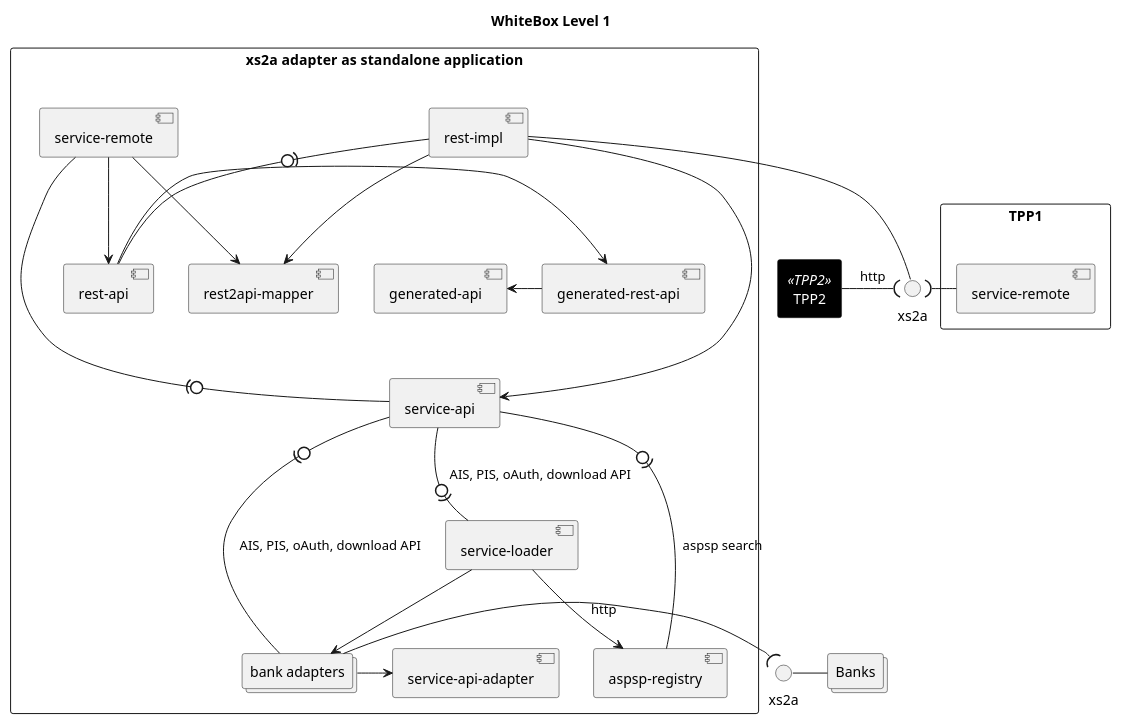
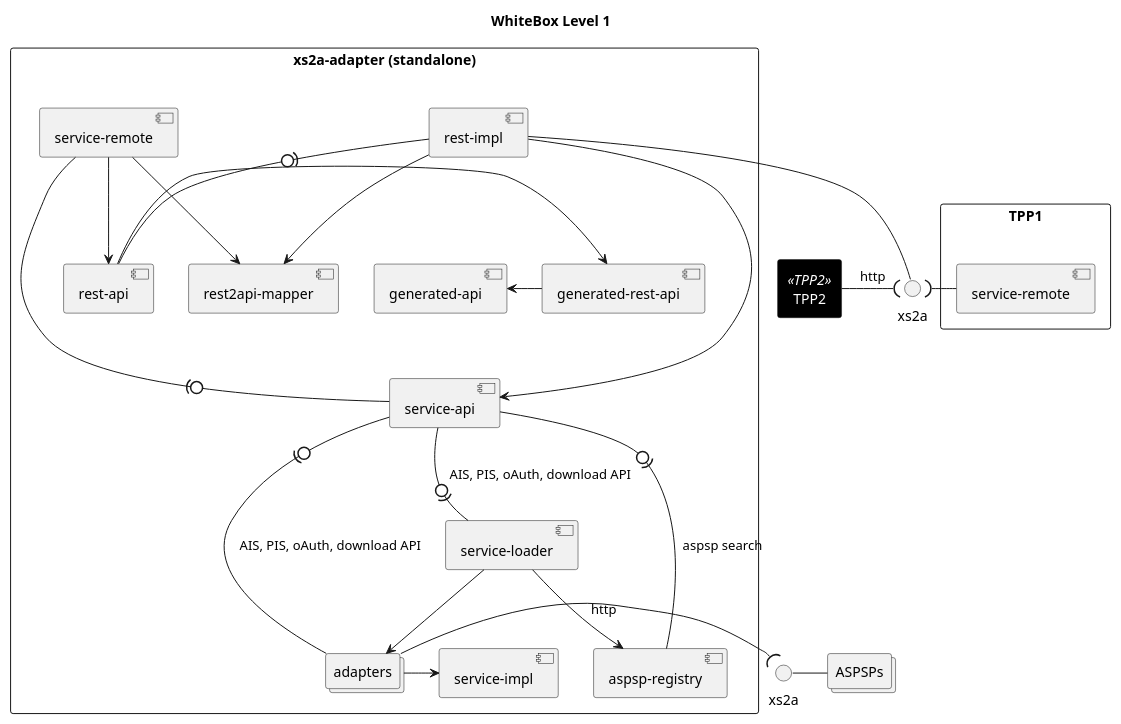
The diagram in docs/arc42/puml/whitebox_lv1_stanalone.puml (adorsys/xs2a-adapter), drawn with PlantUML before and after one commit. The commit also changed 2 other files, not shown here.

```diff
--- a/docs/arc42/puml/whitebox_lv1_stanalone.puml
+++ b/docs/arc42/puml/whitebox_lv1_stanalone.puml
@@ -1,60 +1,60 @@
 @startuml
 skinparam rectangle<<TPP2>> {
     BackgroundColor black
     FontColor white
 }
 
 title WhiteBox Level 1
 
 rectangle tpp1 as "TPP1" {
     component tsr as "service-remote"
 }
 
 rectangle tpp2 <<TPP2>> as "TPP2"
 
-collections banks as "Banks"
+collections banks as "ASPSPs"
 
 interface "xs2a" as ahttp
 
 interface "xs2a" as bhttp
 
-rectangle xa as "xs2a adapter as standalone  application" {
+rectangle "xs2a-adapter (standalone)" {
     component sr as "service-remote"
 	component ar as "aspsp-registry"
 	component gra as "generated-rest-api"
 	component ga as "generated-api"
 	component r2am as "rest2api-mapper"
 	component ra as "rest-api"
 	component ri as "rest-impl"
 	component sa as "service-api"
-	component saa as "service-api-adapter"
+	component si as "service-impl"
 	component sl as "service-loader"
 
-	collections ba as "bank adapters"
+	collections ba as "adapters"
 }
 
 	sl --> ar
 '	ra -> ar
 	sl --> ba
 	sa -0)- sl: AIS, PIS, oAuth, download API
 	'ra --> sa
 	gra <- ra
 	ga <- gra
 	ri --> r2am
 	ri -(0- ra
 	ri -> sa
 	sr --> r2am
-	ba -> saa
+	ba -> si
 	ba -(0- sa: AIS, PIS, oAuth, download API
 	ri --() ahttp
 	tpp2 -( ahttp: http
     tsr -( ahttp
 	sr --(0- sa
 	sr --> ra
 	ar -(0-sa: aspsp search
 
 '	banks --()
 	bhttp -right-() banks
 	ba -( bhttp: http
 
 @enduml
```
